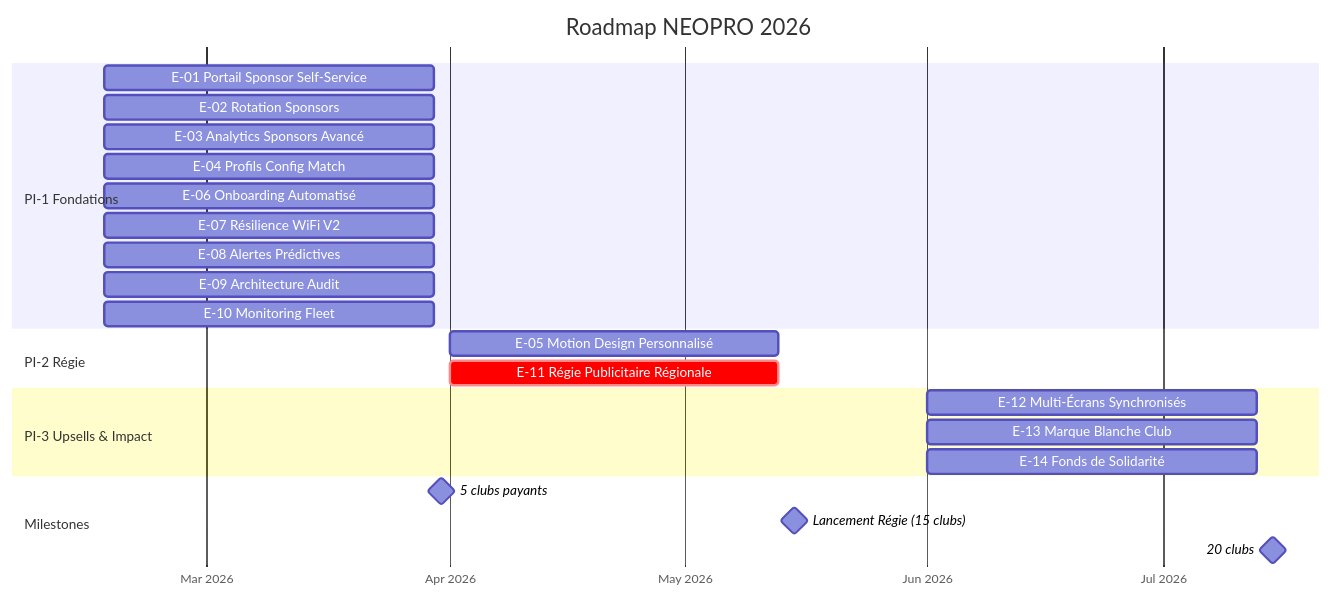
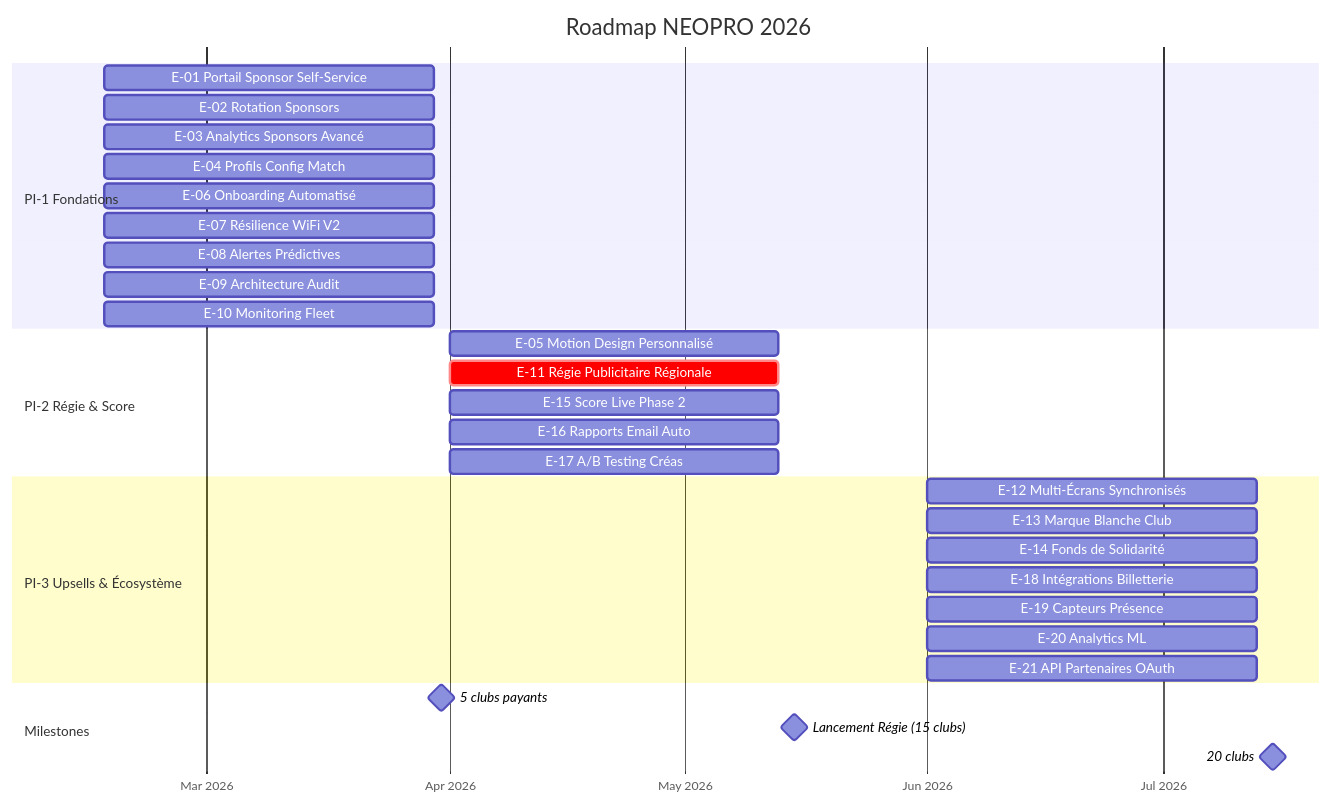
The second of 4 diagrams in docs/safe/PORTFOLIO.md (Tallec7/madxp), drawn with Mermaid before and after one commit. The commit also changed other lines of this file and 22 other files, not shown here.

````diff
--- a/docs/safe/PORTFOLIO.md
+++ b/docs/safe/PORTFOLIO.md
@@ -55,31 +55,38 @@
 ```mermaid
 gantt
     title Roadmap NEOPRO 2026
     dateFormat YYYY-MM-DD
     axisFormat %b %Y
 
     section PI-1 Fondations
     E-01 Portail Sponsor Self-Service   :e01, 2026-02-16, 42d
     E-02 Rotation Sponsors              :e02, 2026-02-16, 42d
     E-03 Analytics Sponsors Avancé      :e03, 2026-02-16, 42d
     E-04 Profils Config Match           :e04, 2026-02-16, 42d
     E-06 Onboarding Automatisé          :e06, 2026-02-16, 42d
     E-07 Résilience WiFi V2             :e07, 2026-02-16, 42d
     E-08 Alertes Prédictives            :e08, 2026-02-16, 42d
     E-09 Architecture Audit             :e09, 2026-02-16, 42d
     E-10 Monitoring Fleet               :e10, 2026-02-16, 42d
 
-    section PI-2 Régie
+    section PI-2 Régie & Score
     E-05 Motion Design Personnalisé     :e05, 2026-04-01, 42d
     E-11 Régie Publicitaire Régionale  :crit, e11, 2026-04-01, 42d
+    E-15 Score Live Phase 2             :e15, 2026-04-01, 42d
+    E-16 Rapports Email Auto            :e16, 2026-04-01, 42d
+    E-17 A/B Testing Créas              :e17, 2026-04-01, 42d
 
-    section PI-3 Upsells & Impact
+    section PI-3 Upsells & Écosystème
     E-12 Multi-Écrans Synchronisés      :e12, 2026-06-01, 42d
     E-13 Marque Blanche Club            :e13, 2026-06-01, 42d
     E-14 Fonds de Solidarité            :e14, 2026-06-01, 42d
+    E-18 Intégrations Billetterie       :e18, 2026-06-01, 42d
+    E-19 Capteurs Présence              :e19, 2026-06-01, 42d
+    E-20 Analytics ML                   :e20, 2026-06-01, 42d
+    E-21 API Partenaires OAuth          :e21, 2026-06-01, 42d
 
     section Milestones
     5 clubs payants                     :milestone, m1, 2026-03-31, 0d
     Lancement Régie (15 clubs)          :milestone, m2, 2026-05-15, 0d
     20 clubs                            :milestone, m3, 2026-07-15, 0d
 ```
````
